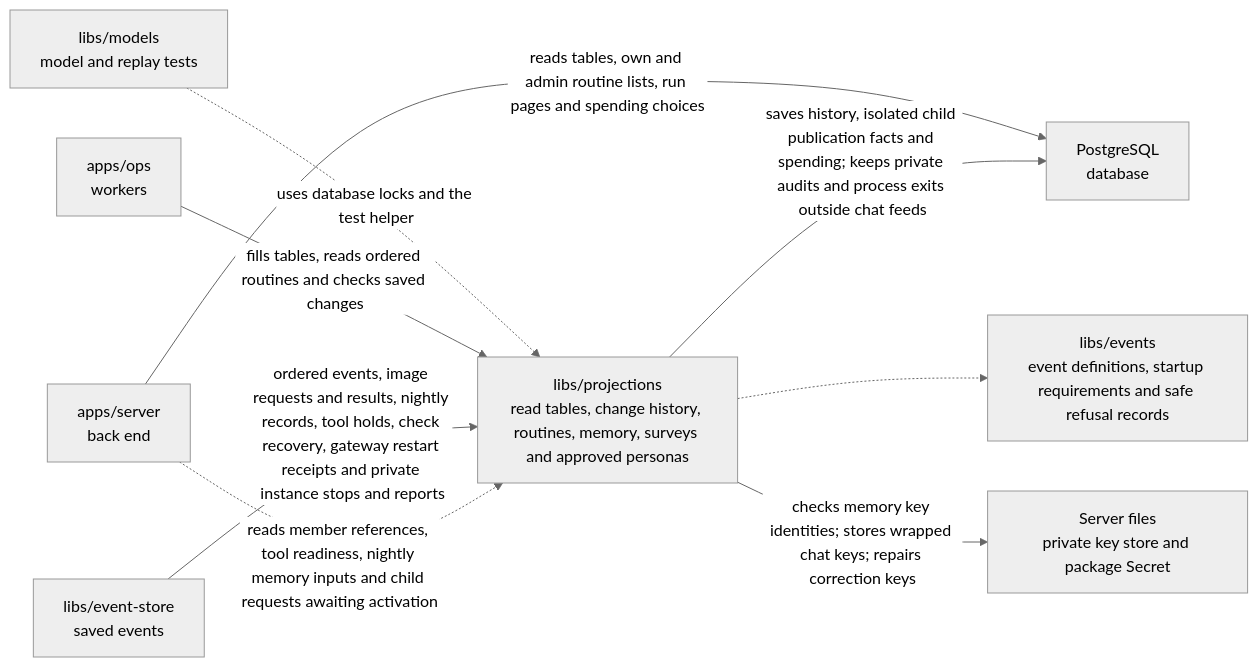
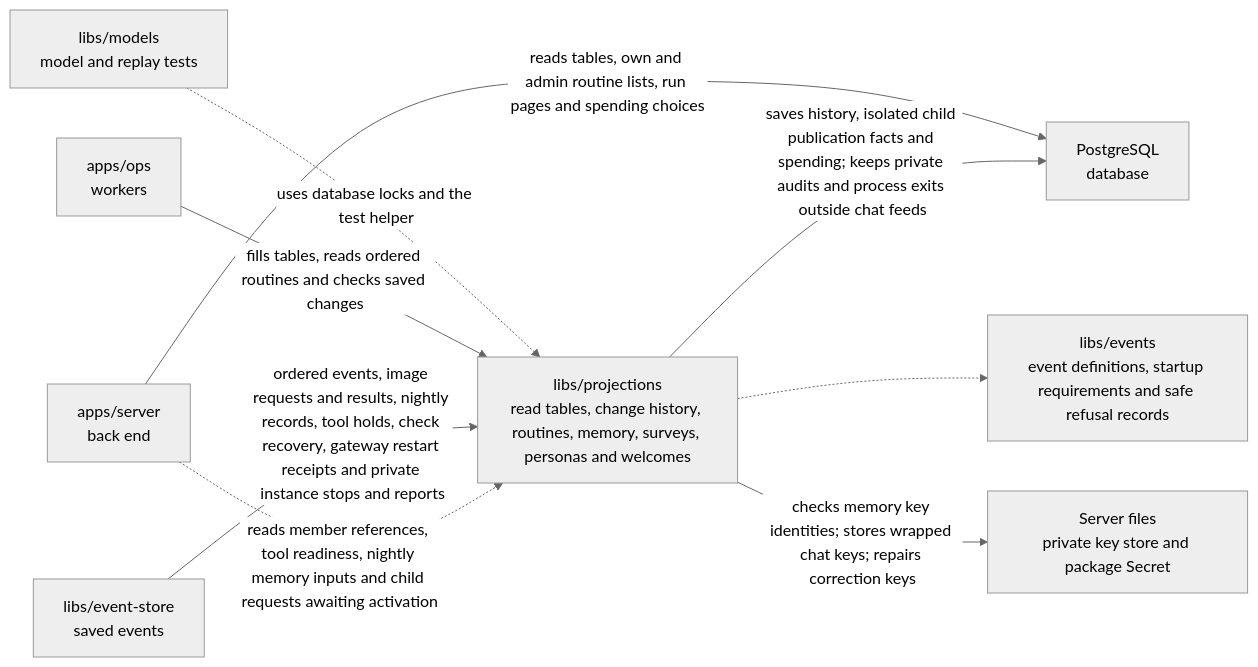
The diagram in libs/projections/README.md (elewa-git/opencrane-new), drawn with Mermaid (neutral theme) before and after one commit. The commit also changed other lines of this file and 17 other files, not shown here.

````diff
--- a/libs/projections/README.md
+++ b/libs/projections/README.md
@@ -42,11 +42,11 @@
 ```mermaid
 flowchart LR
   models["libs/models<br/>model and replay tests"] -.->|uses database locks and the test helper| projections
-  ops["apps/ops<br/>workers"] -->|fills tables, reads ordered routines and checks saved changes| projections["libs/projections<br/>read tables, change history, routines, memory, surveys and approved personas"]
+  ops["apps/ops<br/>workers"] -->|fills tables, reads ordered routines and checks saved changes| projections["libs/projections<br/>read tables, change history, routines, memory, surveys, personas and welcomes"]
   server["apps/server<br/>back end"] -->|reads tables, own and admin routine lists, run pages and spending choices| pg["PostgreSQL<br/>database"]
   projections -->|saves history, isolated child publication facts and spending; keeps private audits and process exits outside chat feeds| pg
   store["libs/event-store<br/>saved events"] -->|ordered events, image requests and results, nightly records, tool holds, check recovery, gateway restart receipts and private instance stops and reports| projections
   server -.->|reads member references, tool readiness, nightly memory inputs and child requests awaiting activation| projections
   projections -.-> events["libs/events<br/>event definitions, startup requirements and safe refusal records"]
   projections -->|checks memory key identities; stores wrapped chat keys; repairs correction keys| keys["Server files<br/>private key store and package Secret"]
 ```
````
